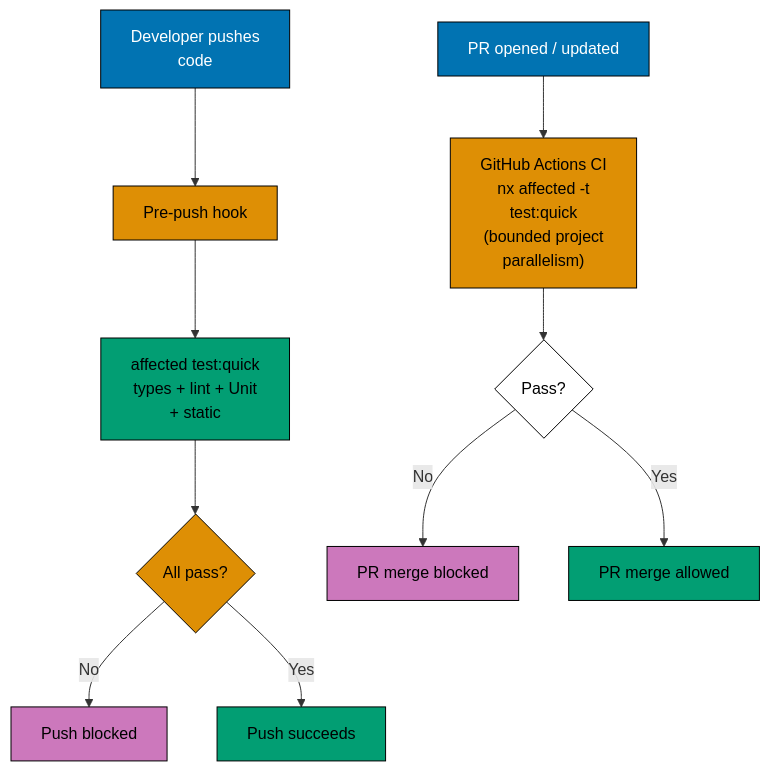
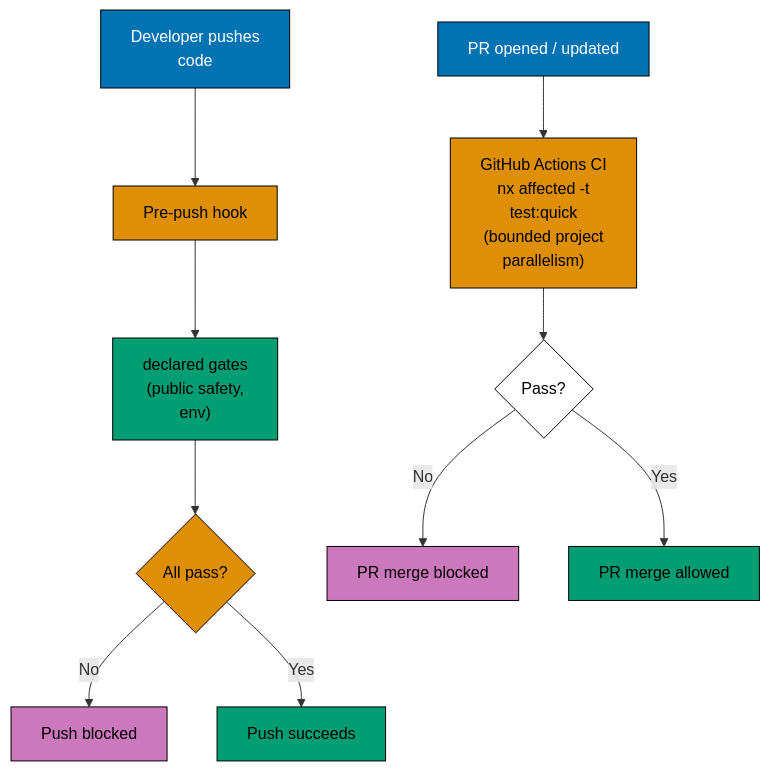
The first of 2 diagrams in repo-governance/development/infra/nx-targets/execution-model.md (wahidyankf/ose-public), drawn with Mermaid before and after one commit. The commit also changed other lines of this file and 118 other files, not shown here.

````diff
--- a/repo-governance/development/infra/nx-targets/execution-model.md
+++ b/repo-governance/development/infra/nx-targets/execution-model.md
@@ -19,25 +20,25 @@
 ```mermaid
 flowchart TD
-    accTitle: Quality Gates (pre-push enforcement)
-    accDescr: Developer pushes code leads to Pre-push hook; Pre-push hook leads to affected test:quick types + lint + Unit + static; affected test:quick types + lint + Unit + static leads to All pass?; and 6 more links.
+    accTitle: Quality Gates (PR enforcement)
+    accDescr: Developer pushes code leads to Pre-push hook; Pre-push hook leads to declared gates for public safety and env; declared gates for public safety and env leads to All pass?; and 6 more links.
     A[Developer pushes<br/>code] --> B[Pre-push hook]
-    B --> E["affected test:quick<br/>types + lint + Unit<br/>+ static"]
+    B --> E["declared gates<br/>(public safety,<br/>env)"]
     E --> F{All pass?}
     F -- No --> G[Push blocked]
     F -- Yes --> H[Push succeeds]
 
     P[PR opened / updated] --> Q["GitHub Actions CI<br/>nx affected -t<br/>test:quick<br/>(bounded project<br/>parallelism)"]
     Q --> R{Pass?}
     R -- No --> S[PR merge blocked]
     R -- Yes --> T[PR merge allowed]
 
     classDef blue fill:#0173B2,stroke:#000000,color:#FFFFFF
     classDef orange fill:#DE8F05,stroke:#000000,color:#000000
     classDef teal fill:#029E73,stroke:#000000,color:#000000
     classDef purple fill:#CC78BC,stroke:#000000,color:#000000
     class A,P blue
     class B,F,Q orange
     class E,H,T teal
     class G,S purple
     classDef default fill:#FFFFFF,stroke:#000000,color:#000000
 ```
````
